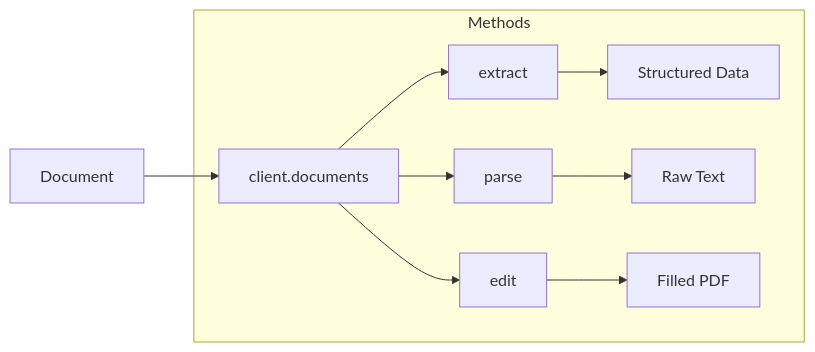
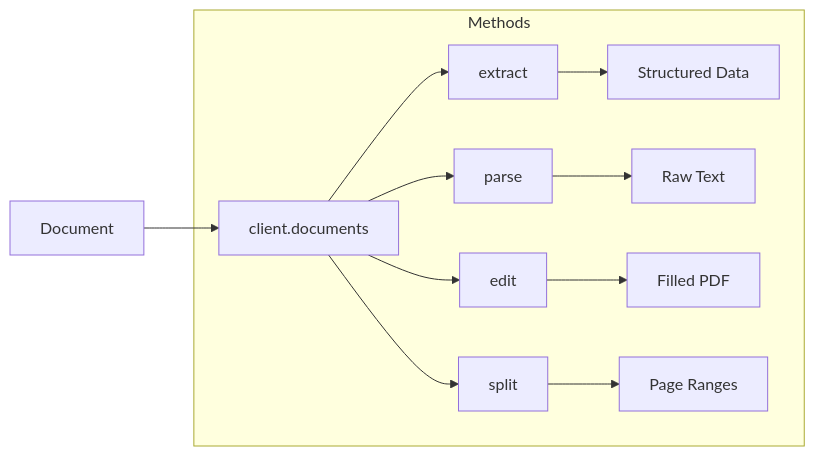
Before and after one commit to retab-dev/docs: the diagram in core-concepts/Documents.mdx, drawn with Mermaid. The commit also changed other lines of this file and 3 other files, not shown here.

````diff
--- a/core-concepts/Documents.mdx
+++ b/core-concepts/Documents.mdx
@@ -15,10 +15,11 @@
 ```mermaid
 flowchart LR
     A[Document] --> B[client.documents]
     
     subgraph Methods
     B --> E[extract] --> F[Structured Data]
     B --> P[parse] --> G[Raw Text]
     B --> D[edit] --> H[Filled PDF]
+    B --> S[split] --> I[Page Ranges]
     end
 ```
````
